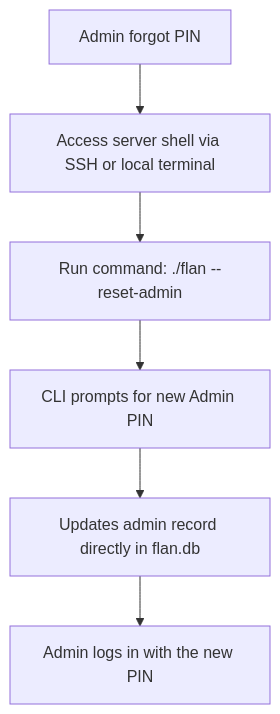
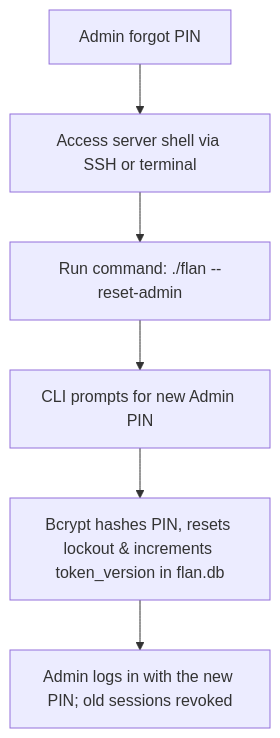
The fifth of 5 diagrams in docs/diagrams/user-flows.md (WesleyEsq/Flan-Media-Server), drawn with Mermaid before and after one commit. The commit also changed other lines of this file and 14 other files, not shown here.

````diff
--- a/docs/diagrams/user-flows.md
+++ b/docs/diagrams/user-flows.md
@@ -145,8 +134,8 @@
 ```mermaid
 flowchart TD
-    Forgot["Admin forgot PIN"] --> Terminal["Access server shell via SSH or local terminal"]
+    Forgot["Admin forgot PIN"] --> Terminal["Access server shell via SSH or terminal"]
     Terminal --> RunCLI["Run command: ./flan --reset-admin"]
     RunCLI --> Interactive["CLI prompts for new Admin PIN"]
-    Interactive --> DirectDB["Updates admin record directly in flan.db"]
-    DirectDB --> Done["Admin logs in with the new PIN"]
+    Interactive --> DirectDB["Bcrypt hashes PIN, resets lockout & increments token_version in flan.db"]
+    DirectDB --> Done["Admin logs in with the new PIN; old sessions revoked"]
 ```
````
